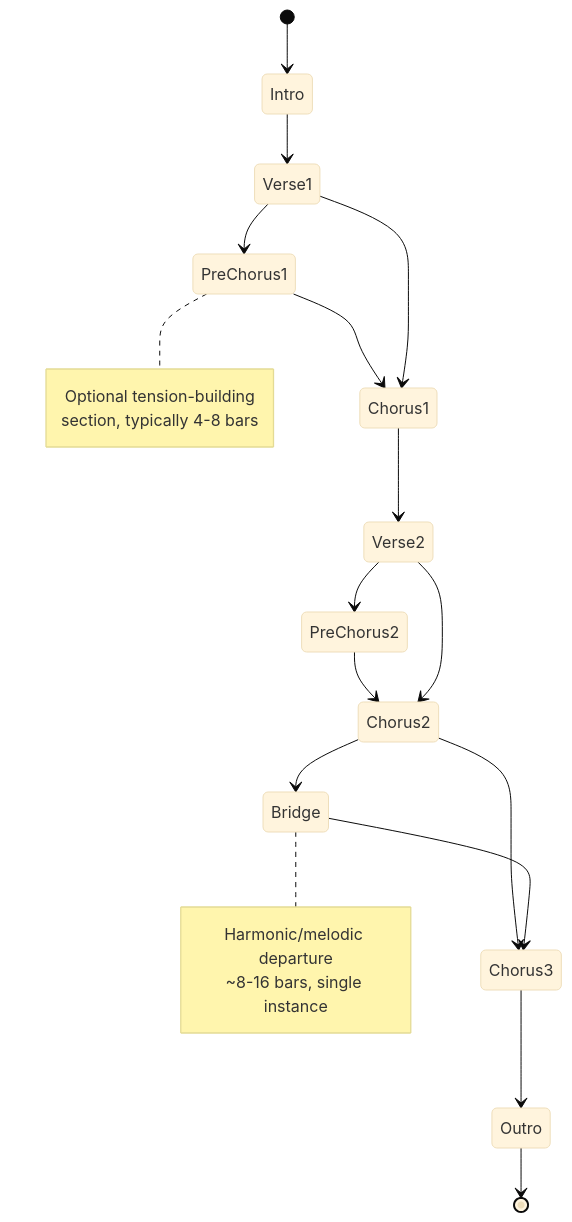
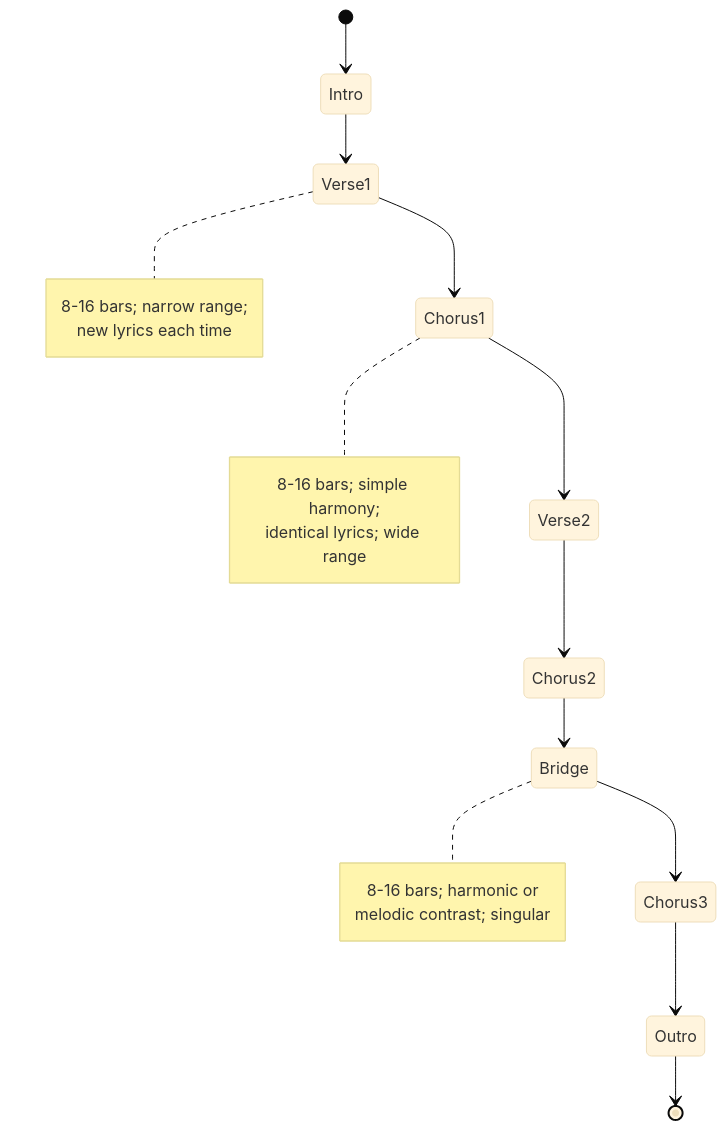
The first of 5 diagrams in topics/arts/composition/songwriting/lesson_01_song_structure.md (blebleblee/synapse), drawn with Mermaid (base theme) before and after one commit. The commit also changed other lines of this file and 4 other files, not shown here.

````diff
--- a/topics/arts/composition/songwriting/lesson_01_song_structure.md
+++ b/topics/arts/composition/songwriting/lesson_01_song_structure.md
@@ -21,27 +173,27 @@
 ```mermaid
 stateDiagram-v2
     [*] --> Intro
     Intro --> Verse1
-    Verse1 --> PreChorus1
-    PreChorus1 --> Chorus1
     Verse1 --> Chorus1
     Chorus1 --> Verse2
-    Verse2 --> PreChorus2
-    PreChorus2 --> Chorus2
     Verse2 --> Chorus2
     Chorus2 --> Bridge
-    Chorus2 --> Chorus3
     Bridge --> Chorus3
     Chorus3 --> Outro
     Outro --> [*]
     
-    note right of PreChorus1
-        Optional tension-building
-        section, typically 4-8 bars
+    note right of Verse1
+        8-16 bars; narrow range;
+        new lyrics each time
+    end note
+    
+    note right of Chorus1
+        8-16 bars; simple harmony;
+        identical lyrics; wide range
     end note
     
     note right of Bridge
-        Harmonic/melodic departure
-        ~8-16 bars, single instance
+        8-16 bars; harmonic or
+        melodic contrast; singular
     end note
 ```
````
